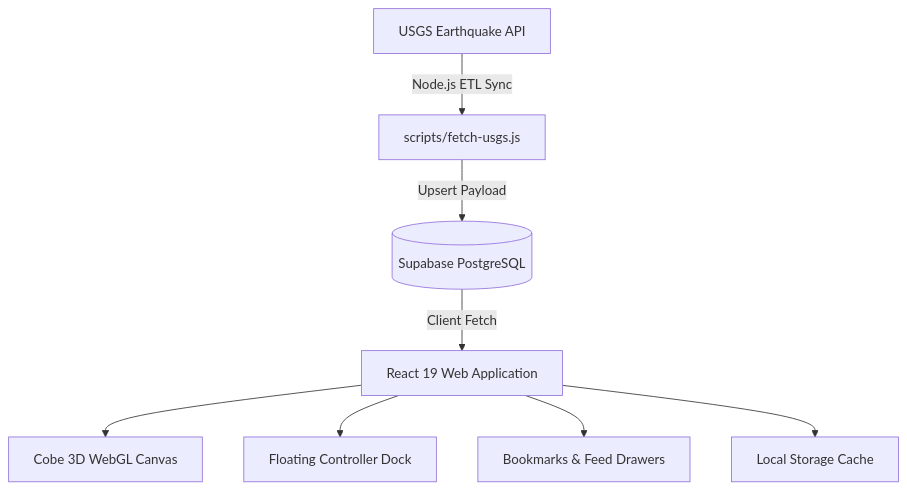
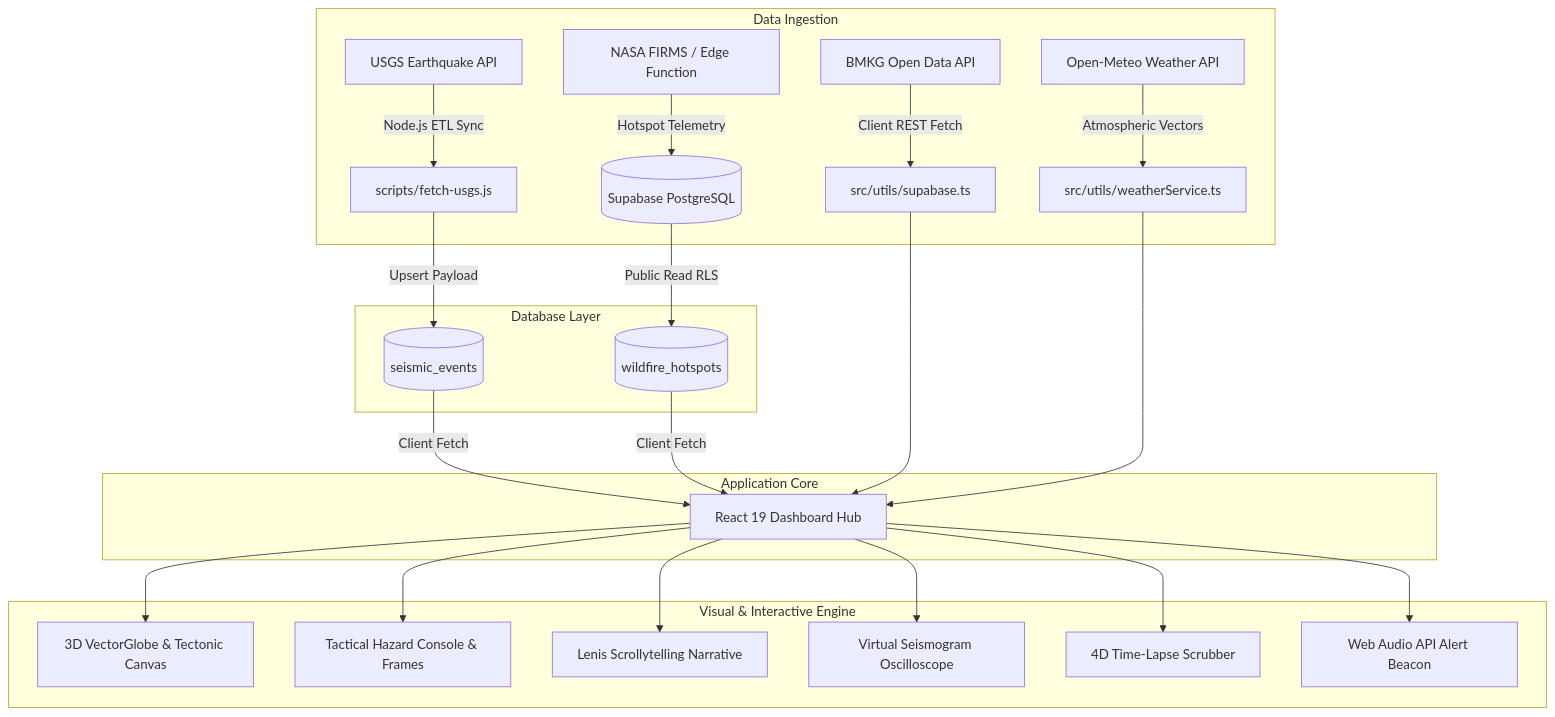
Before and after one commit to FerrelHD/Global-Seismic-Tracker: the diagram in README.md, drawn with Mermaid. The commit also changed other lines of this file, not shown here.

Commit message:
update README with current features, archtecture, and database schemas

````diff
--- a/README.md
+++ b/README.md
@@ -69,10 +80,30 @@
 ```mermaid
 graph TD
-  USGS[USGS Earthquake API] -->|Node.js ETL Sync| Scripts[scripts/fetch-usgs.js]
-  Scripts -->|Upsert Payload| Supabase[(Supabase PostgreSQL)]
-  Supabase -->|Client Fetch| App[React 19 Web Application]
-  App --> Cobe[Cobe 3D WebGL Canvas]
-  App --> Dock[Floating Controller Dock]
-  App --> Drawers[Bookmarks & Feed Drawers]
-  App --> Storage[Local Storage Cache]
+  subgraph Data Ingestion
+    USGS[USGS Earthquake API] -->|Node.js ETL Sync| FetchScript[scripts/fetch-usgs.js]
+    BMKG[BMKG Open Data API] -->|Client REST Fetch| BMKGUtil[src/utils/supabase.ts]
+    FIRMS[NASA FIRMS / Edge Function] -->|Hotspot Telemetry| HotspotDB[(Supabase PostgreSQL)]
+    Meteo[Open-Meteo Weather API] -->|Atmospheric Vectors| WeatherSvc[src/utils/weatherService.ts]
+  end
+
+  subgraph Database Layer
+    FetchScript -->|Upsert Payload| DB_Seismic[(seismic_events)]
+    HotspotDB -->|Public Read RLS| DB_Hotspots[(wildfire_hotspots)]
+  end
+
+  subgraph Application Core
+    DB_Seismic -->|Client Fetch| App[React 19 Dashboard Hub]
+    DB_Hotspots -->|Client Fetch| App
+    BMKGUtil --> App
+    WeatherSvc --> App
+  end
+
+  subgraph Visual & Interactive Engine
+    App --> VectorGlobe[3D VectorGlobe & Tectonic Canvas]
+    App --> HUD[Tactical Hazard Console & Frames]
+    App --> Scrolly[Lenis Scrollytelling Narrative]
+    App --> Seismogram[Virtual Seismogram Oscilloscope]
+    App --> TimeLapse[4D Time-Lapse Scrubber]
+    App --> Audio[Web Audio API Alert Beacon]
+  end
 ```
````
